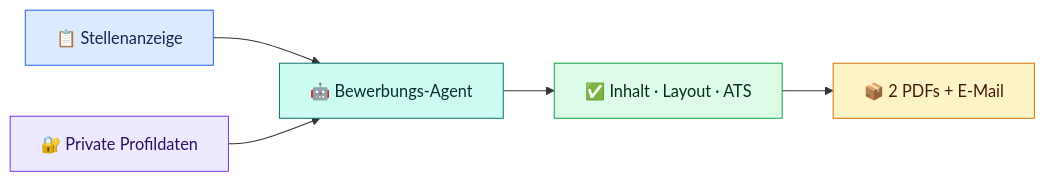
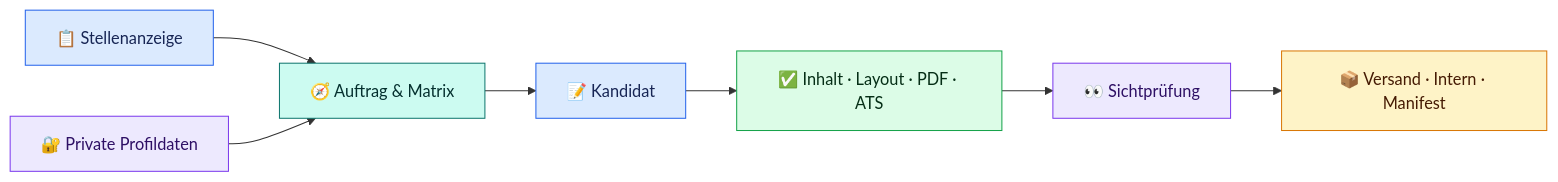
The diagram in README.md (Web-Developer-DB/apply-foundry), drawn with Mermaid before and after one commit. The commit also changed other lines of this file, not shown here.

````diff
--- a/README.md
+++ b/README.md
@@ -52,18 +51,22 @@
 ```mermaid
 flowchart LR
-    A["📋 Stellenanzeige"] --> C["🤖 Bewerbungs-Agent"]
+    A["📋 Stellenanzeige"] --> C["🧭 Auftrag & Matrix"]
     B["🔐 Private Profildaten"] --> C
-    C --> D["✅ Inhalt · Layout · ATS"]
-    D --> E["📦 2 PDFs + E-Mail"]
+    C --> D["📝 Kandidat"]
+    D --> E["✅ Inhalt · Layout · PDF · ATS"]
+    E --> F["👀 Sichtprüfung"]
+    F --> G["📦 Versand · Intern · Manifest"]
 
     classDef input fill:#dbeafe,stroke:#2563eb,color:#172554
     classDef private fill:#ede9fe,stroke:#7c3aed,color:#2e1065
     classDef agent fill:#ccfbf1,stroke:#0f766e,color:#042f2e
     classDef check fill:#dcfce7,stroke:#16a34a,color:#052e16
     classDef output fill:#fef3c7,stroke:#d97706,color:#451a03
     class A input
     class B private
     class C agent
-    class D check
-    class E output
+    class D input
+    class E check
+    class F private
+    class G output
 ```
````
